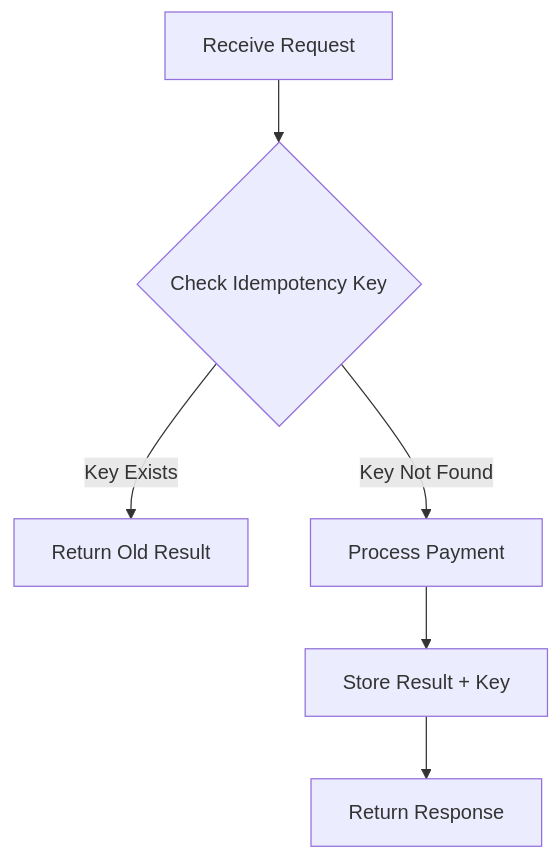
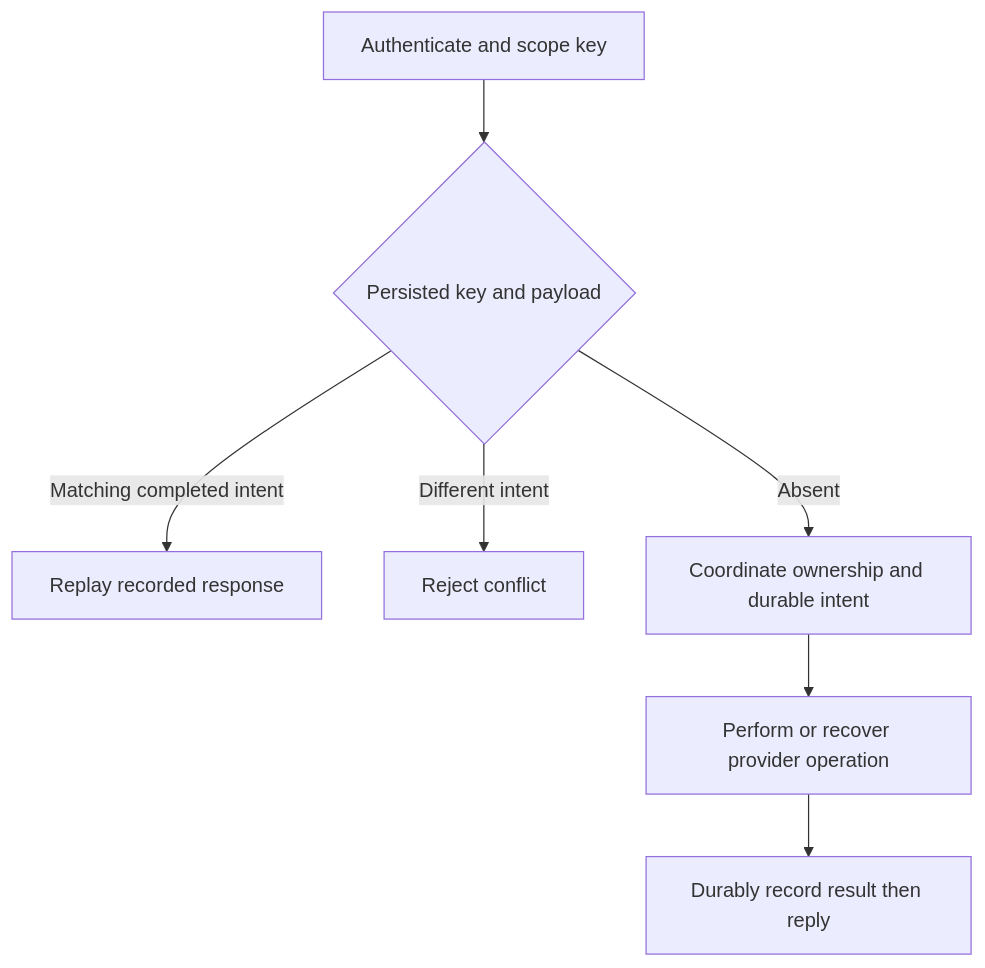
The second of 6 diagrams in docs/01-REST-APIS.md (IRFAN2772/API-Communication), drawn with Mermaid before and after one commit. The commit also changed other lines of this file and 78 other files, not shown here.

````diff
--- a/docs/01-REST-APIS.md
+++ b/docs/01-REST-APIS.md
@@ -3618,8 +3735,9 @@
 ```mermaid
 flowchart TD
-    A[Receive Request] --> B{Check Idempotency Key}
-    B -->|Key Exists| C[Return Old Result]
-    B -->|Key Not Found| D[Process Payment]
-    D --> E[Store Result + Key]
-    E --> F[Return Response]
+    A[Authenticate and scope key] --> B{Persisted key and payload}
+    B -->|Matching completed intent| C[Replay recorded response]
+    B -->|Different intent| X[Reject conflict]
+    B -->|Absent| D[Coordinate ownership and durable intent]
+    D --> E[Perform or recover provider operation]
+    E --> F[Durably record result then reply]
 ```
````
